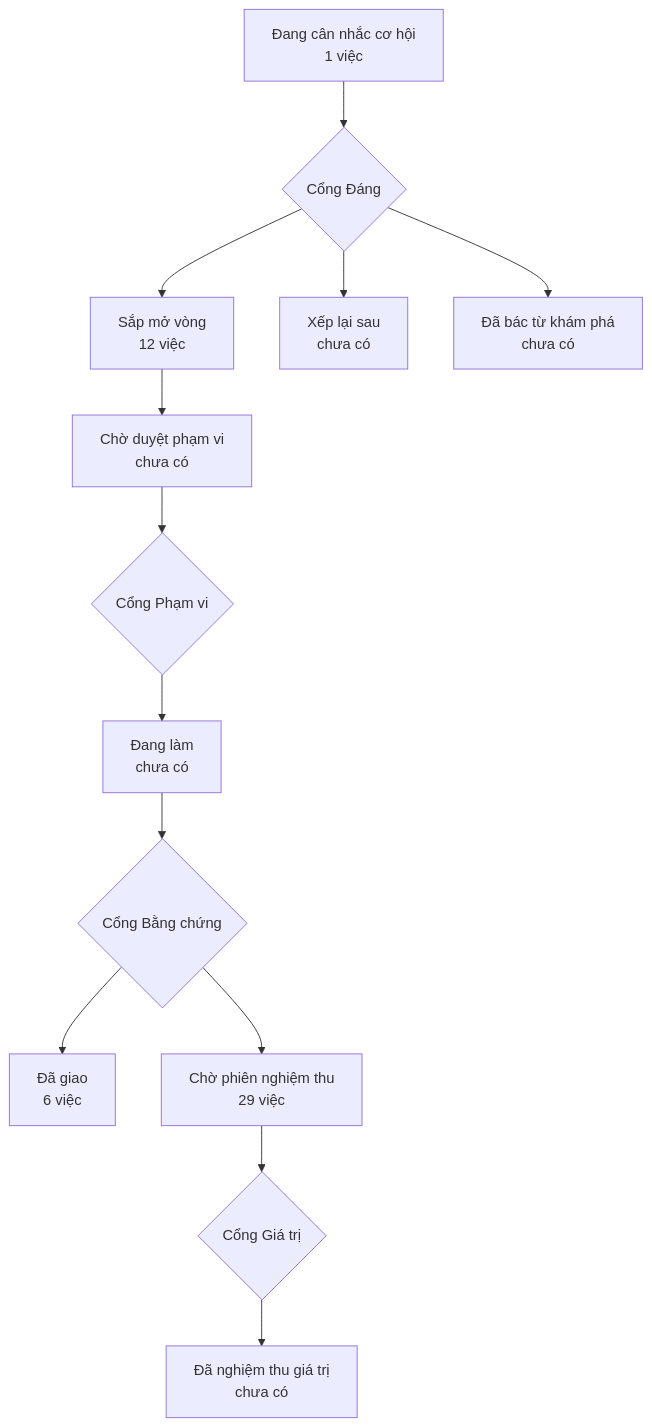
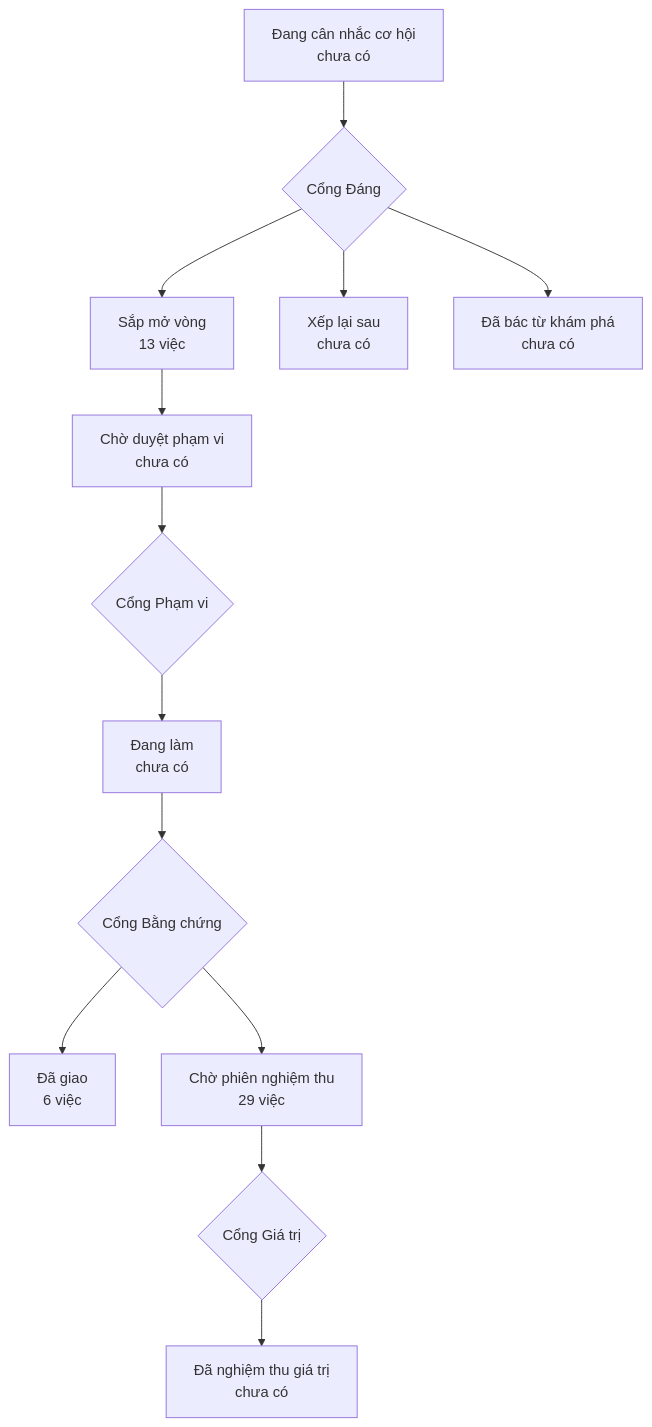
The diagram in PRODUCT-MAP.md (phanlemanh/onehub-quy-hang), drawn with Mermaid before and after one commit. The commit also changed other lines of this file and 2 other files, not shown here.

Commit message:
Cổng Đáng: lien-he — build (Manh Phan)

````diff
--- a/PRODUCT-MAP.md
+++ b/PRODUCT-MAP.md
@@ -7,12 +7,12 @@
 ```mermaid
 flowchart TD
-  A["Đang cân nhắc cơ hội<br/>1 việc"] --> GD{"Cổng Đáng"}
-  GD --> B["Sắp mở vòng<br/>12 việc"]
+  A["Đang cân nhắc cơ hội<br/>chưa có"] --> GD{"Cổng Đáng"}
+  GD --> B["Sắp mở vòng<br/>13 việc"]
   GD --> XL["Xếp lại sau<br/>chưa có"]
   GD --> DB["Đã bác từ khám phá<br/>chưa có"]
   B --> CD["Chờ duyệt phạm vi<br/>chưa có"] --> GP{"Cổng Phạm vi"}
   GP --> DL["Đang làm<br/>chưa có"] --> GB{"Cổng Bằng chứng"}
   GB --> DG["Đã giao<br/>6 việc"]
   GB --> CN["Chờ phiên nghiệm thu<br/>29 việc"] --> GG{"Cổng Giá trị"}
   GG --> NT["Đã nghiệm thu giá trị<br/>chưa có"]
 ```
````
